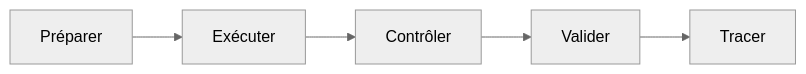
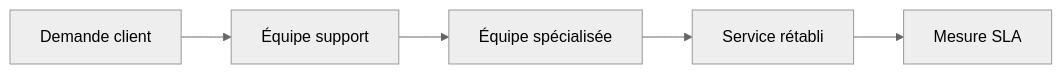
The second of 6 diagrams in content/lessons/maint-sla-intermediaire.md (biggyseven/Skill-Tree), drawn with Mermaid (neutral theme) before and after one commit. The commit also changed other lines of this file, not shown here.

Commit message:
Adapter les schémas au sujet de maint-sla-intermediaire

````diff
--- a/content/lessons/maint-sla-intermediaire.md
+++ b/content/lessons/maint-sla-intermediaire.md
@@ -56,4 +59,7 @@
 ```mermaid
 flowchart LR
-  A[Préparer] --> B[Exécuter] --> C[Contrôler] --> D[Valider] --> E[Tracer]
+  A[Demande client] --> B[Équipe support]
+  B --> C[Équipe spécialisée]
+  C --> D[Service rétabli]
+  D --> E[Mesure SLA]
 ```
````
